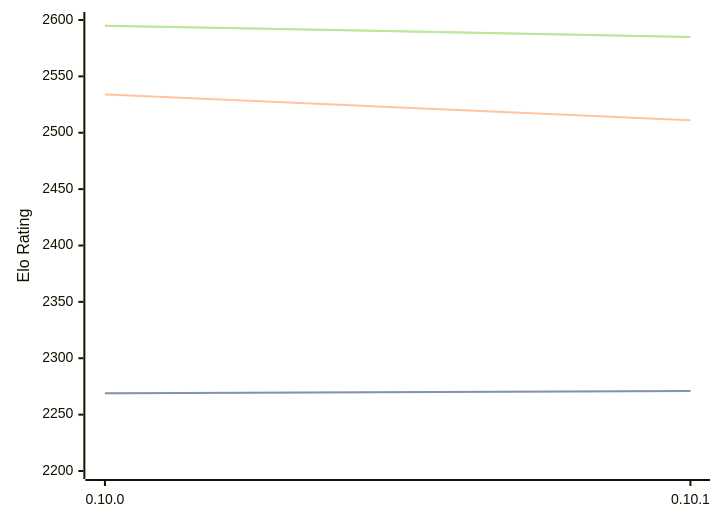
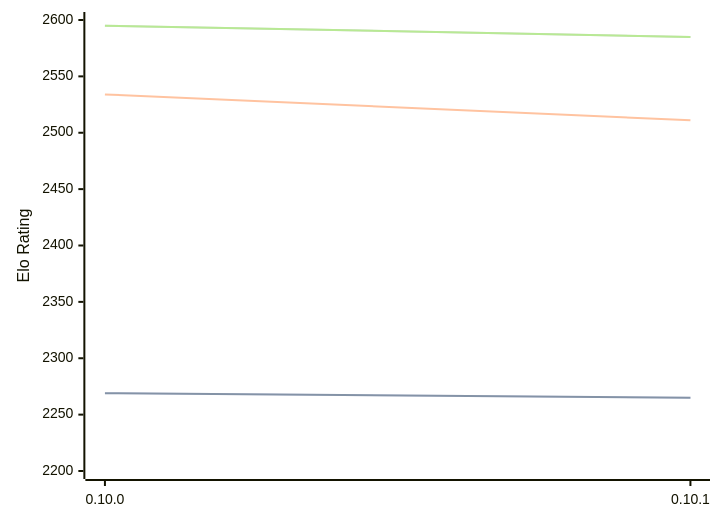
Before and after one commit to computer-chess-index/cci: the diagram in engines/Fatalii.md, drawn with Mermaid. The commit also changed other lines of this file, not shown here.

````diff
--- a/engines/Fatalii.md
+++ b/engines/Fatalii.md
@@ -46,11 +46,11 @@
 ```mermaid
 %%{init: {"theme":"base","themeVariables":{"seriesColors:['#a3a3a3','#222221','#faa371']}}}%%
 xychart-beta
   x-axis ["0.10.0", "0.10.1"]
   y-axis "Elo Rating" 2200 --> 2600
-  line "STC (8.0+0.08s)" [2269, 2271]
-  line "STC (8.0+0.08s)" [2269, 2271]
+  line "STC (8.0+0.08s)" [2269, 2265]
+  line "STC (8.0+0.08s)" [2269, 2265]
   line "LTC (60.0+0.60s)" [2534, 2511]
   line "VLTC (2m24s+1.12s)" [2595, 2585]
   line "VLTC (2m24s+1.12s)" [2595, 2585]
 ```
````
